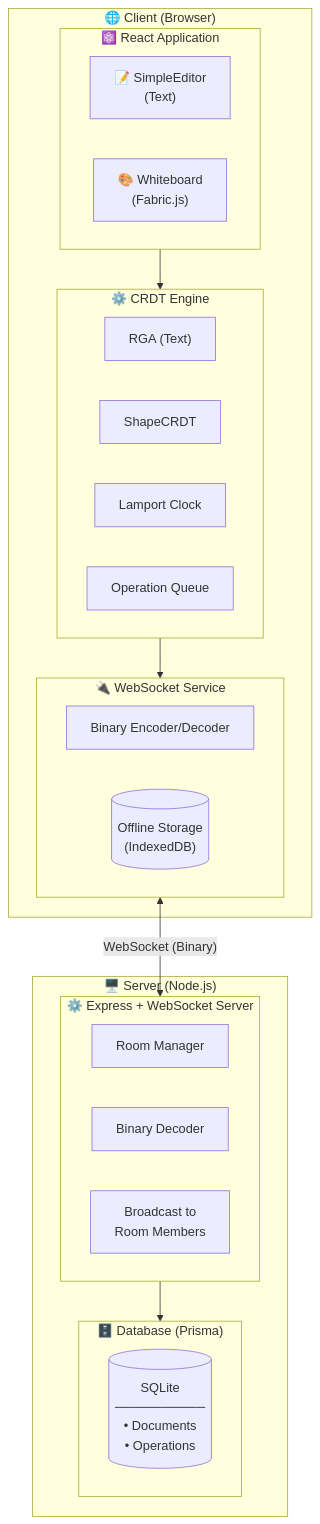
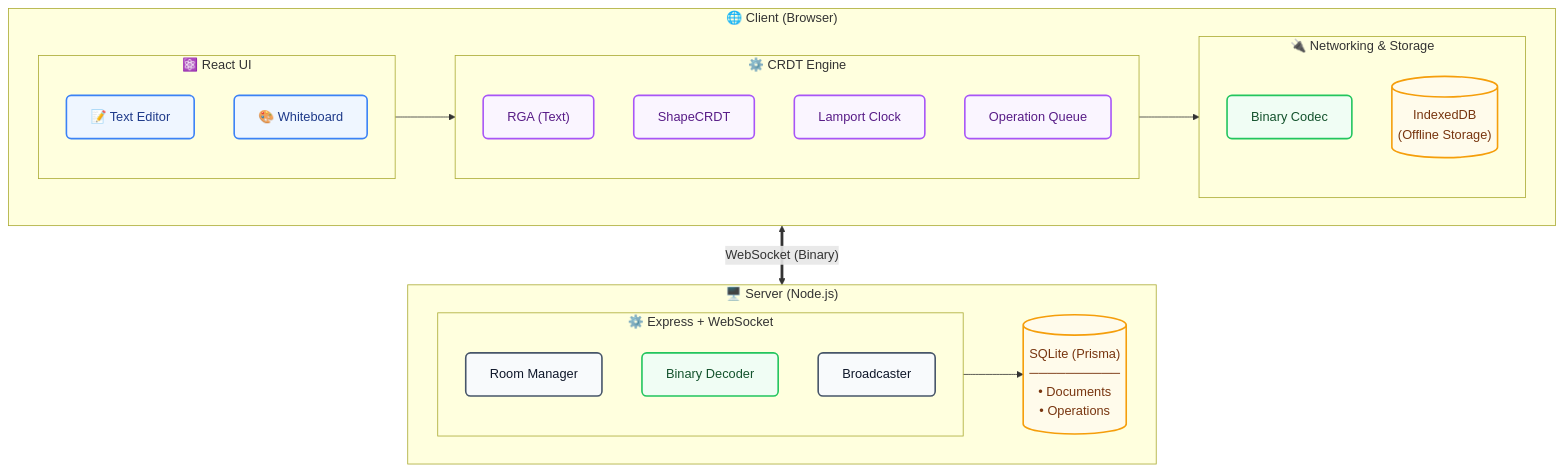
Before and after one commit to thapasubashb/Canvas_Sync: the diagram in README.md, drawn with Mermaid.

Commit message:
created  an architure look

````diff
--- a/README.md
+++ b/README.md
@@ -10,47 +10,55 @@
 ```mermaid
 flowchart TD
-    %% Define Client Layer
+    %% Define Custom Styles
+    classDef ui fill:#eff6ff,stroke:#3b82f6,stroke-width:2px,color:#1e3a8a,rx:6px
+    classDef crdt fill:#faf5ff,stroke:#a855f7,stroke-width:2px,color:#581c87,rx:6px
+    classDef net fill:#f0fdf4,stroke:#22c55e,stroke-width:2px,color:#14532d,rx:6px
+    classDef server fill:#f8fafc,stroke:#475569,stroke-width:2px,color:#0f172a,rx:6px
+    classDef db fill:#fffbeb,stroke:#f59e0b,stroke-width:2px,color:#78350f,rx:6px
+
+    %% CLIENT SECTION
     subgraph Client ["🌐 Client (Browser)"]
+        direction LR
         
-        subgraph UI ["⚛️ React Application"]
-            Editor["📝 SimpleEditor<br/>(Text)"]
-            Whiteboard["🎨 Whiteboard<br/>(Fabric.js)"]
+        subgraph UI ["⚛️ React UI"]
+            direction TB
+            Editor["📝 Text Editor"]:::ui
+            Whiteboard["🎨 Whiteboard"]:::ui
         end
 
         subgraph CRDT ["⚙️ CRDT Engine"]
-            direction LR
-            RGA["RGA (Text)"]
-            Shape["ShapeCRDT"]
-            Lamport["Lamport Clock"]
-            OpQueue["Operation Queue"]
+            direction TB
+            RGA["RGA (Text)"]:::crdt
+            Shape["ShapeCRDT"]:::crdt
+            Clock["Lamport Clock"]:::crdt
+            OpQ["Operation Queue"]:::crdt
         end
 
-        subgraph WSClient ["🔌 WebSocket Service"]
-            CodecClient["Binary Encoder/Decoder"]
-            IndexedDB[("Offline Storage<br/>(IndexedDB)")]
+        subgraph ClientNet ["🔌 Networking & Storage"]
+            direction TB
+            CodecC["Binary Codec"]:::net
+            IDB[("IndexedDB<br/>(Offline Storage)")]:::db
         end
 
-        UI --> CRDT
-        CRDT --> WSClient
+        UI --> CRDT --> ClientNet
     end
 
-    %% Define Server Layer
+    %% SERVER SECTION
     subgraph Server ["🖥️ Server (Node.js)"]
+        direction LR
         
-        subgraph ExpressWS ["⚙️ Express + WebSocket Server"]
-            direction LR
-            RoomMgr["Room Manager"]
-            CodecServer["Binary Decoder"]
-            Broadcast["Broadcast to<br/>Room Members"]
+        subgraph ServerNet ["⚙️ Express + WebSocket"]
+            direction TB
+            RoomMgr["Room Manager"]:::server
+            CodecS["Binary Decoder"]:::net
+            Bcast["Broadcaster"]:::server
         end
 
-        subgraph DB ["🗄️ Database (Prisma)"]
-            SQLite[("SQLite<br/>──────────<br/>• Documents<br/>• Operations")]
-        end
-
-        ExpressWS --> DB
+        DB[("SQLite (Prisma)<br/>──────────<br/>• Documents<br/>• Operations")]:::db
+        
+        ServerNet --> DB
     end
 
-    %% Network Connection (Fixed for GitHub Parser)
-    WSClient <-->|"WebSocket (Binary)"| ExpressWS
+    %% NETWORK CONNECTION
+    ClientNet <==>|"WebSocket (Binary)"| ServerNet
 ```
````
